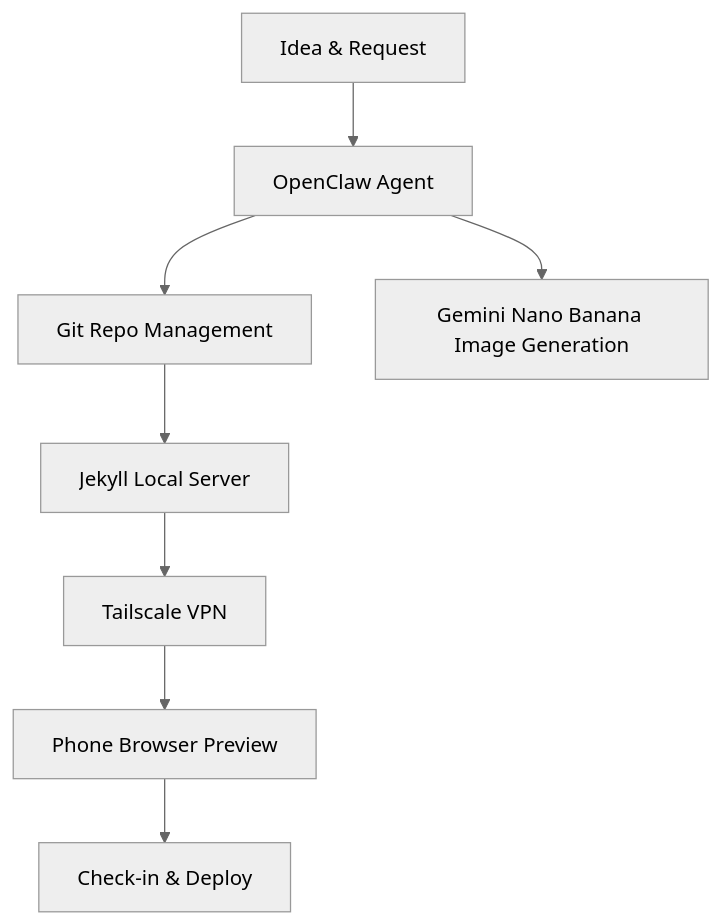
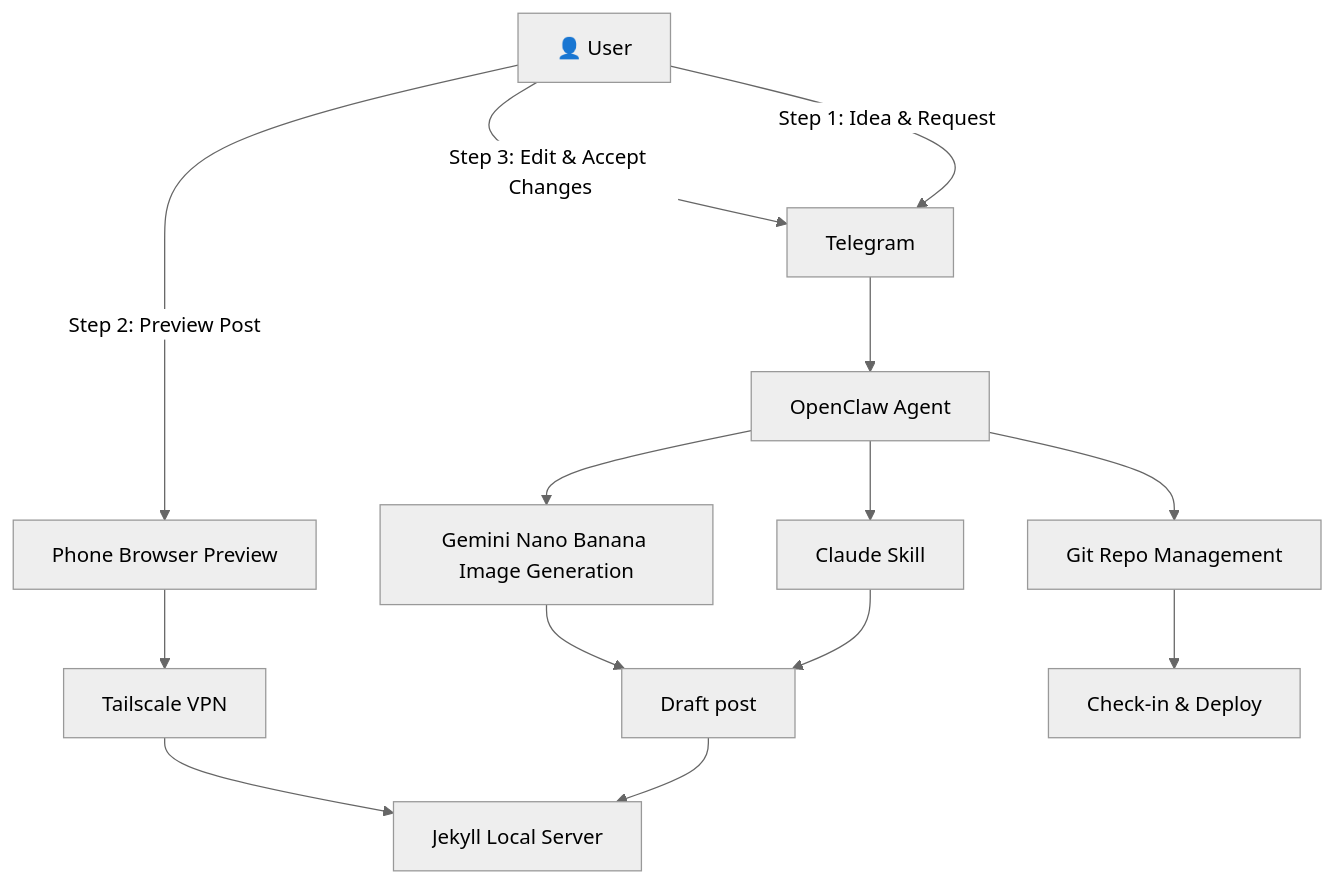
Before and after one commit to uright/uright.github.io: the diagram in _posts/2026-02-09-managing-jekyll-blogs-with-openclaw-and-tailscale.md, drawn with Mermaid (neutral theme). The commit also changed other lines of this file, not shown here.

Commit message:
Manually revise the post

````diff
--- a/_posts/2026-02-09-managing-jekyll-blogs-with-openclaw-and-tailscale.md
+++ b/_posts/2026-02-09-managing-jekyll-blogs-with-openclaw-and-tailscale.md
@@ -19,10 +55,29 @@
 ```mermaid
 graph TD
-    A[Idea & Request] --> B[OpenClaw Agent]
-    B --> C[Git Repo Management]
-    B --> D[Gemini Nano Banana Image Generation]
-    C --> E[Jekyll Local Server]
-    E --> F[Tailscale VPN]
-    F --> G[Phone Browser Preview]
-    G --> H[Check-in & Deploy]
+    user["👤 User"]
+    telegram[Telegram]
+    openclaw[OpenClaw Agent]
+    gitRepo[Git Repo Management]
+    claudeSkill[Claude Skill]
+    draftPost[Draft post]
+    jekyll[Jekyll Local Server]
+    gemini[Gemini Nano Banana Image Generation]
+    tailscale[Tailscale VPN]
+    phoneBrowser[Phone Browser Preview]
+
+    user -->|Step 1: Idea & Request| telegram
+    telegram --> openclaw
+    openclaw --> gitRepo
+    openclaw --> claudeSkill
+    claudeSkill --> draftPost
+    draftPost --> jekyll
+    openclaw --> gemini
+    gemini --> draftPost
+    gitRepo --> deploy[Check-in & Deploy]
+
+    tailscale --> jekyll
+    phoneBrowser --> tailscale
+
+    user -->|Step 2: Preview Post| phoneBrowser
+    user -->|Step 3: Edit & Accept Changes| telegram
 ```
````
